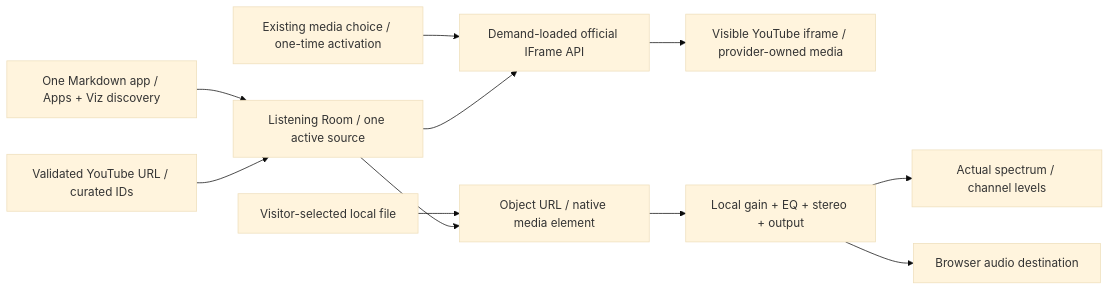
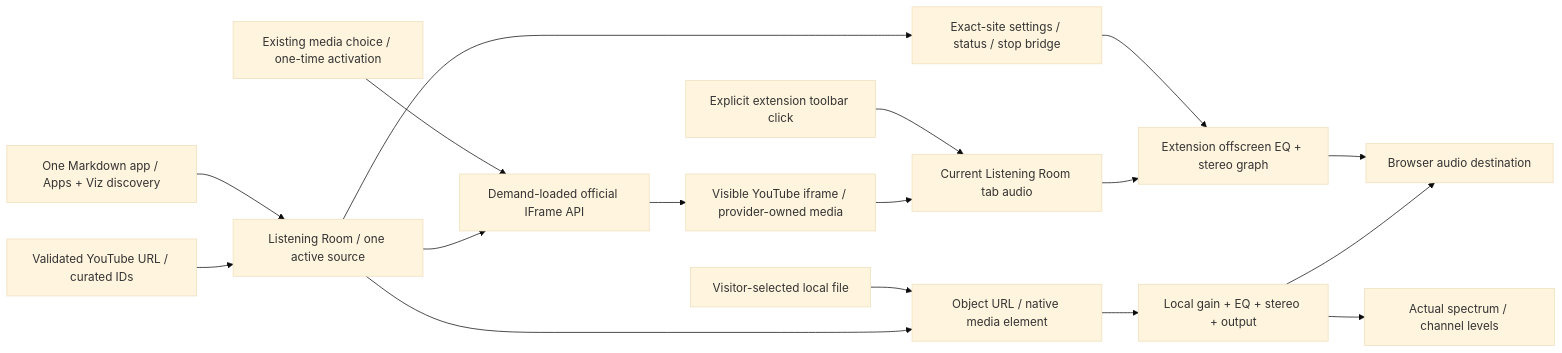
Before and after one commit to suvrotica/suvroghosh-in: diagram 25 of 41 in docs/architecture/ARCHITECTURE.md, drawn with Mermaid (base theme). The commit also changed other lines of this file and 24 other files, not shown here.

First line of the commit message:
Add Listening Room tab equaliser and remember sound settings

````diff
--- a/docs/architecture/ARCHITECTURE.md
+++ b/docs/architecture/ARCHITECTURE.md
@@ -1258,13 +1291,19 @@
 ```mermaid
 flowchart LR
     Post["One Markdown app / Apps + Viz discovery"] --> UI["Listening Room / one active source"]
     URL["Validated YouTube URL / curated IDs"] --> UI
     Consent["Existing media choice / one-time activation"] --> API["Demand-loaded official IFrame API"]
     UI --> API
     API --> Frame["Visible YouTube iframe / provider-owned media"]
+    Toolbar["Explicit extension toolbar click"] --> Capture["Current Listening Room tab audio"]
+    Frame --> Capture
+    UI --> Bridge["Exact-site settings / status / stop bridge"]
+    Bridge --> Extension["Extension offscreen EQ + stereo graph"]
+    Capture --> Extension
+    Extension --> Output["Browser audio destination"]
     File["Visitor-selected local file"] --> Local["Object URL / native media element"]
     UI --> Local
     Local --> DSP["Local gain + EQ + stereo + output"]
     DSP --> Meter["Actual spectrum / channel levels"]
-    DSP --> Output["Browser audio destination"]
+    DSP --> Output
 ```
````
